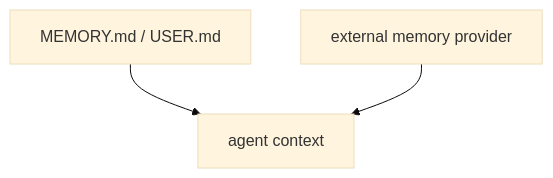
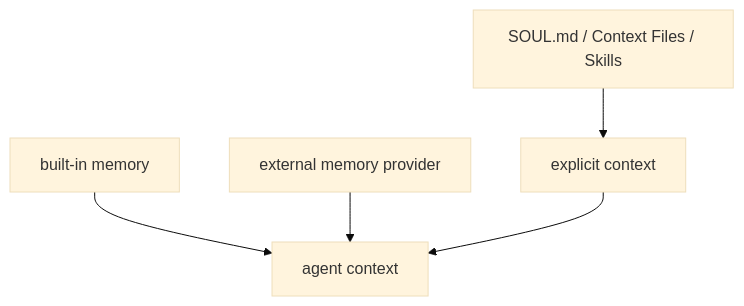
One commit to goura32/techbook changed the fifth of 7 diagrams in books/hermes-agent-practical/figures-final.md. Above: the diagram before and after it, drawn with Mermaid (base theme). The commit also changed other lines of this file and 29 other files, not shown here.

````diff
--- a/books/hermes-agent-practical/figures-final.md
+++ b/books/hermes-agent-practical/figures-final.md
@@ -68,5 +140,7 @@
 ```mermaid
 flowchart TD
-  A["MEMORY.md / USER.md"] --> B["agent context"]
-  C["external memory provider"] --> B
+  A["SOUL.md / Context Files / Skills"] --> B["explicit context"]
+  C["built-in memory"] --> D["agent context"]
+  E["external memory provider"] --> D
+  B --> D
 ```
````
